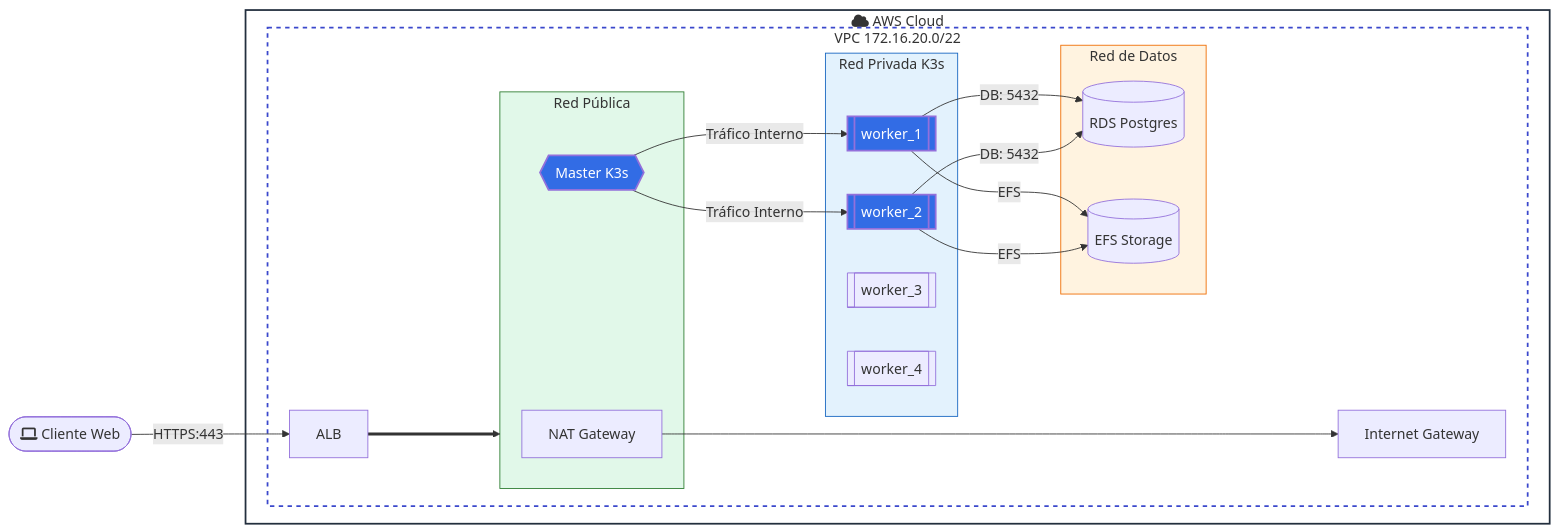
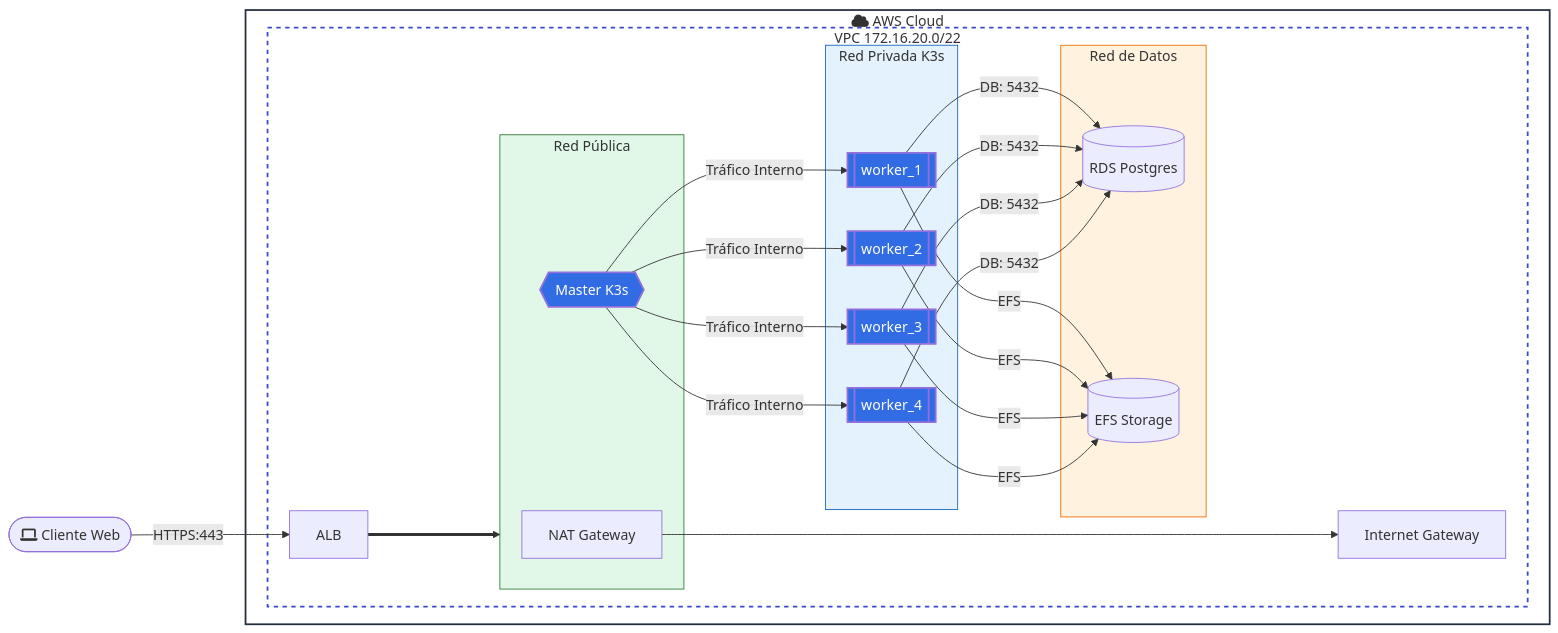
The diagram in Docs/diagrama-arquitectura 3.md (jquinterov-ITM/Proyecto-D-Una---InfraEstructura-con-Terraform), drawn with Mermaid before and after one commit. The commit also changed other lines of this file and 3 other files, not shown here.

Commit message:
Organizando diagramas

````diff
--- a/Docs/diagrama-arquitectura 3.md
+++ b/Docs/diagrama-arquitectura 3.md
@@ -13,44 +13,48 @@
 ```mermaid
 flowchart LR
 classDef cloud fill:#fff,stroke:#232F3E,stroke-width:2px;
 classDef vpc fill:#fff,stroke:#3B48CC,stroke-width:2px,stroke-dasharray: 5 5;
 classDef pub fill:#e1f8e9,stroke:#2e7d32,stroke-width:1px;
 classDef priv fill:#e3f2fd,stroke:#1565c0,stroke-width:1px;
 classDef db fill:#fff3e0,stroke:#ef6c00,stroke-width:1px;
 classDef k3s fill:#326ce5,color:#fff,stroke-width:2px;
 
 Cliente([fa:fa-laptop Cliente Web]) -- "HTTPS:443" --> ALB
 
 subgraph AWS ["fa:fa-cloud AWS Cloud"]
     subgraph VPC ["VPC 172.16.20.0/22"]
         ALB[ALB]
         subgraph PUB1 [Red Pública]
             NAT1[NAT Gateway]
             M1{{Master K3s}}
         end
             subgraph PRIV1 [Red Privada K3s]
                 W1[[worker_1]]
                 W2[[worker_2]]
                 W3[[worker_3]]
                 W4[[worker_4]]
         end
         subgraph DB_SUB1 [Red de Datos]
             RDS[(RDS Postgres)]
             EFS[(EFS Storage)]
         end
         IGW[Internet Gateway]
     end
 end
 
 ALB ====> PUB1
 NAT1 ------> IGW
-M1 -- "Tráfico Interno" --> W1 & W2
+M1 -- "Tráfico Interno" --> W1 & W2 & W3 & W4
 W1 -- "DB: 5432" --> RDS
 W2 -- "DB: 5432" --> RDS
+W3 -- "DB: 5432" --> RDS
+W4 -- "DB: 5432" --> RDS
 W1 -- "EFS" --> EFS
 W2 -- "EFS" --> EFS
+W3 -- "EFS" --> EFS
+W4 -- "EFS" --> EFS
 
 class AWS cloud; class VPC vpc;
 class PUB1 pub; class PRIV1 priv; class DB_SUB1 db;
-class M1,W1,W2 k3s;
+class M1,W1,W2,W3,W4 k3s;
 ```                   
````
